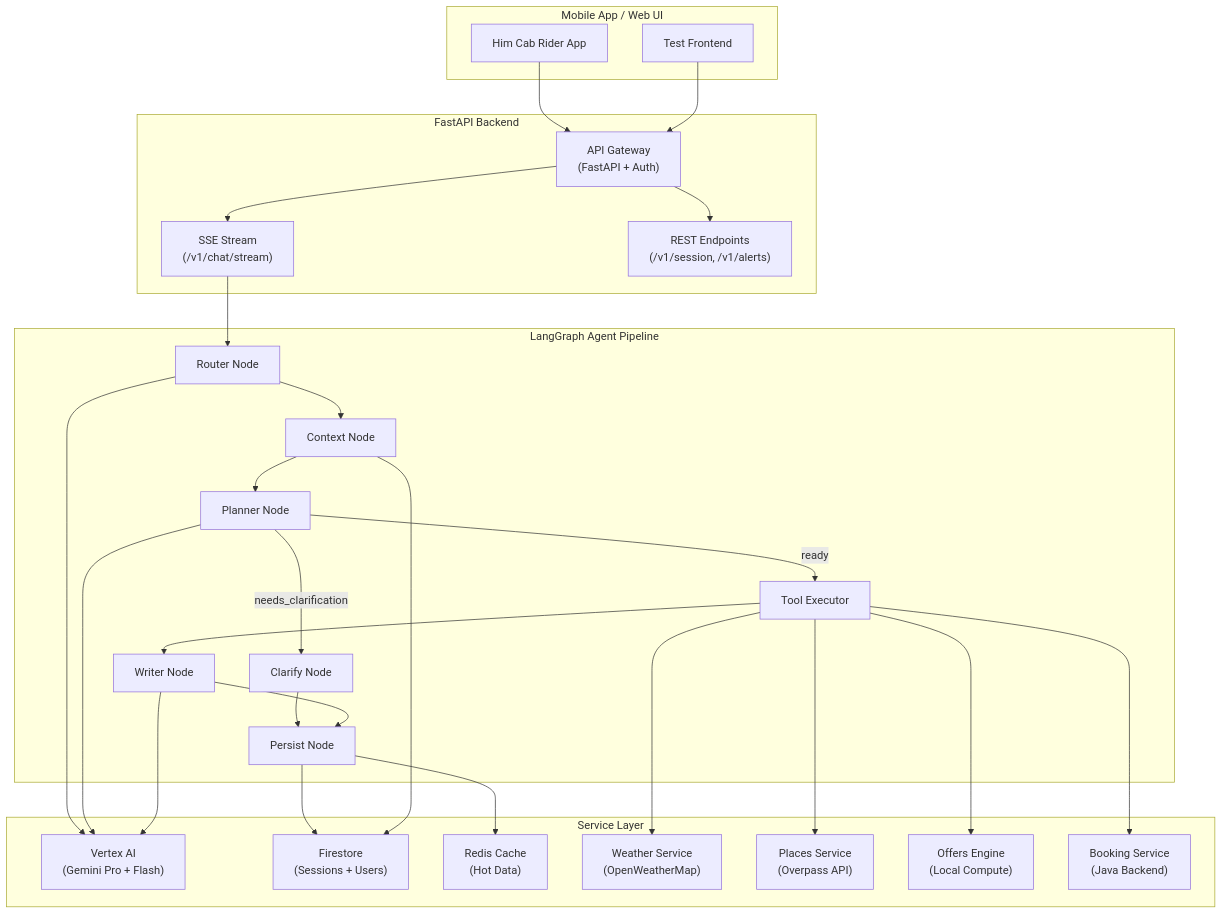
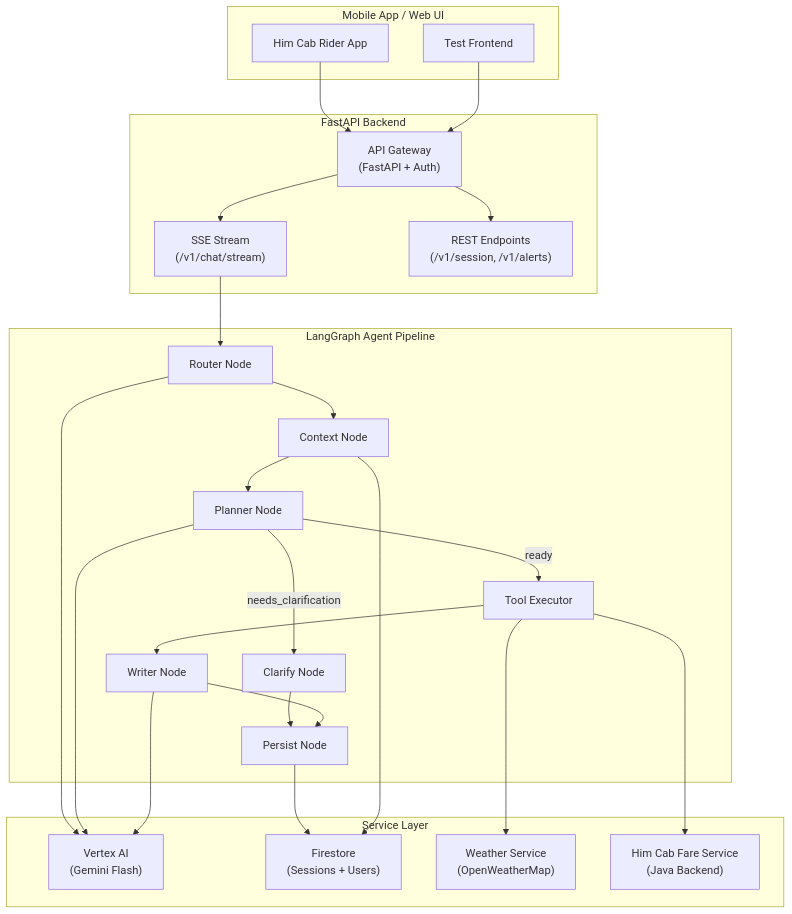
The first of 2 diagrams in docs/architecture.md (immersivedata-ai/HimCab_chatbot), drawn with Mermaid before and after one commit. The commit also changed other lines of this file and 72 other files, not shown here.

````diff
--- a/docs/architecture.md
+++ b/docs/architecture.md
@@ -11,52 +11,46 @@
 ```mermaid
 graph TB
     subgraph Client["Mobile App / Web UI"]
         APP["Him Cab Rider App"]
         WEB["Test Frontend"]
     end
 
     subgraph API["FastAPI Backend"]
         GW["API Gateway<br/>(FastAPI + Auth)"]
         SSE["SSE Stream<br/>(/v1/chat/stream)"]
         REST["REST Endpoints<br/>(/v1/session, /v1/alerts)"]
     end
 
     subgraph Agent["LangGraph Agent Pipeline"]
         R["Router Node"]
         CTX["Context Node"]
         P["Planner Node"]
         TE["Tool Executor"]
         W["Writer Node"]
         PS["Persist Node"]
         CL["Clarify Node"]
     end
 
     subgraph Services["Service Layer"]
-        VAI["Vertex AI<br/>(Gemini Pro + Flash)"]
+        VAI["Vertex AI<br/>(Gemini Flash)"]
         FS["Firestore<br/>(Sessions + Users)"]
-        RC["Redis Cache<br/>(Hot Data)"]
         WS["Weather Service<br/>(OpenWeatherMap)"]
-        PS2["Places Service<br/>(Overpass API)"]
-        OF["Offers Engine<br/>(Local Compute)"]
-        BK["Booking Service<br/>(Java Backend)"]
+        FARE["Him Cab Fare Service<br/>(Java Backend)"]
     end
 
     APP --> GW
     WEB --> GW
     GW --> SSE
     GW --> REST
     SSE --> R
     R --> CTX --> P
     P -->|needs_clarification| CL --> PS
     P -->|ready| TE --> W --> PS
     TE --> WS
-    TE --> PS2
-    TE --> OF
-    TE --> BK
+    TE --> FARE
     R --> VAI
     P --> VAI
     W --> VAI
     PS --> FS
-    PS --> RC
     CTX --> FS
 ```
````
